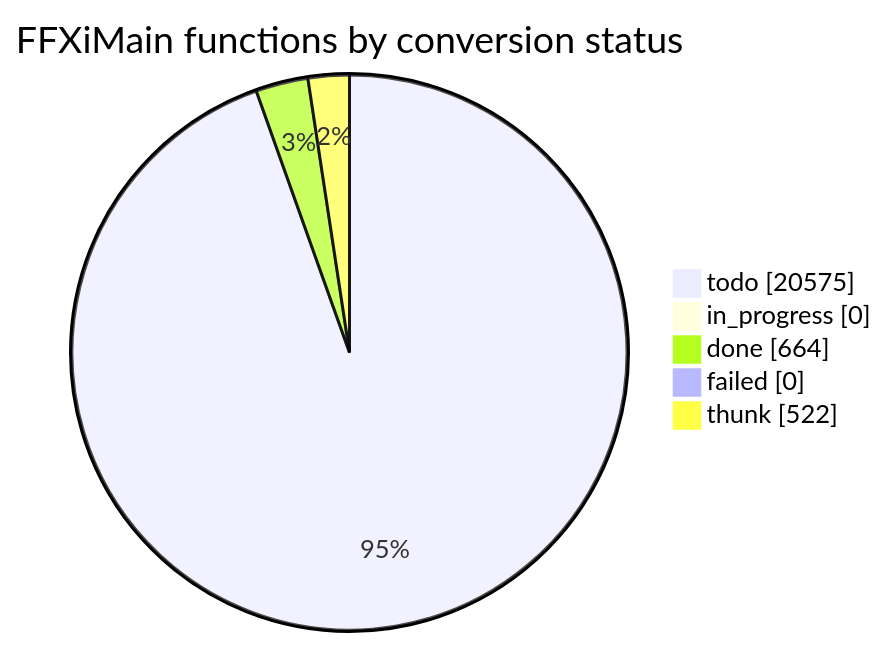
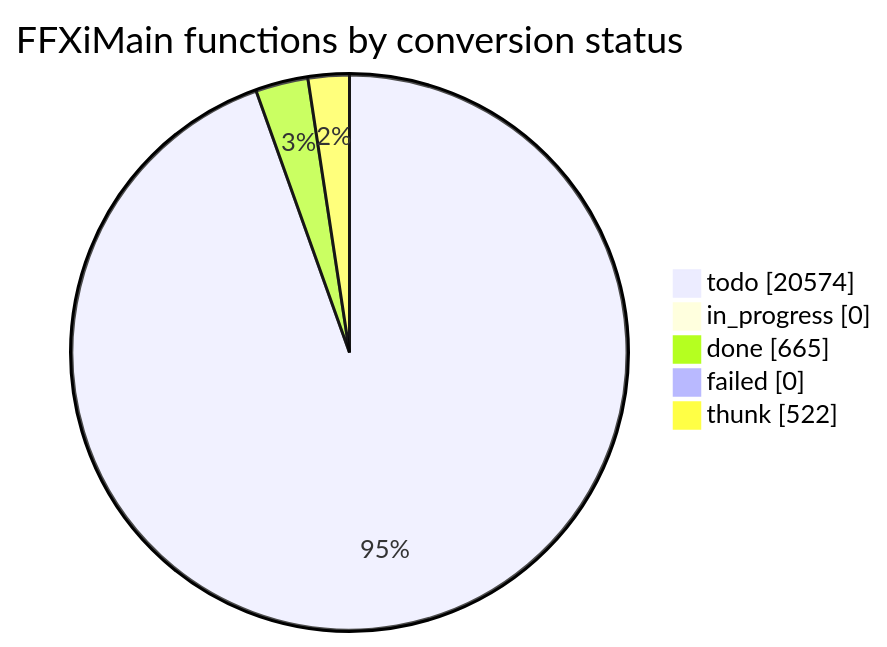
The diagram in docs/cow/STATUS.md (cowrevenge/cow_kuluu_xi_anything), drawn with Mermaid before and after one commit. The commit also changed other lines of this file and 9 other files, not shown here.

````diff
--- a/docs/cow/STATUS.md
+++ b/docs/cow/STATUS.md
@@ -18,9 +18,9 @@
 ```mermaid
 pie showData
     title FFXiMain functions by conversion status
-    "todo" : 20575
+    "todo" : 20574
     "in_progress" : 0
-    "done" : 664
+    "done" : 665
     "failed" : 0
     "thunk" : 522
 ```
````
